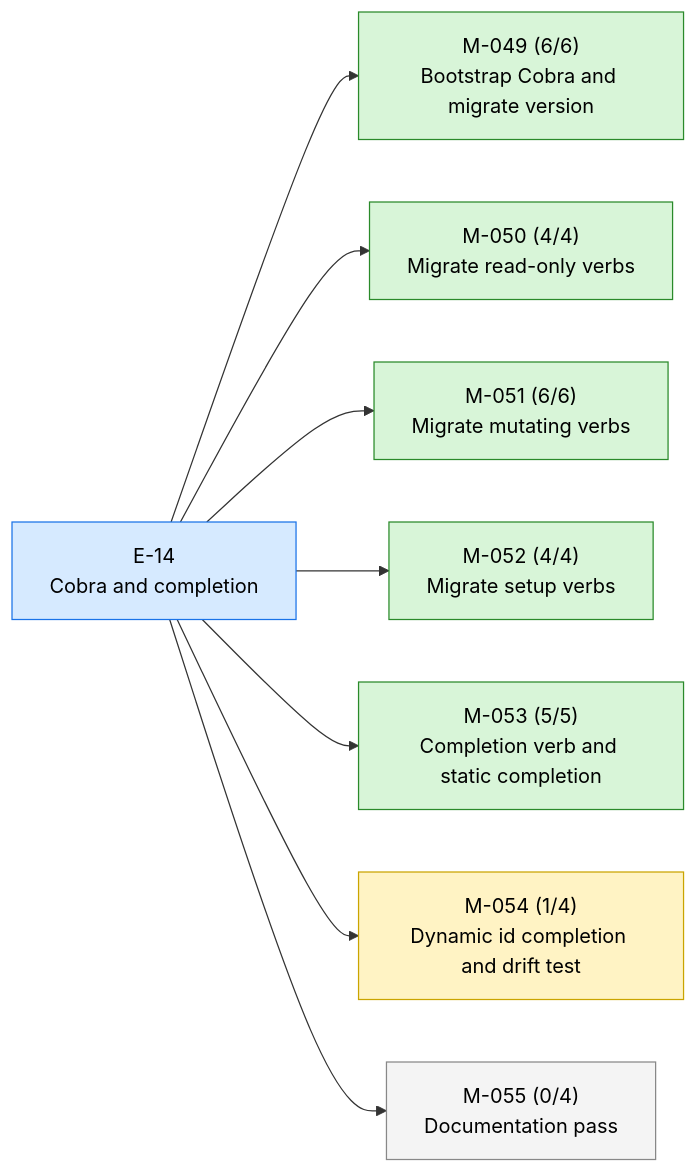
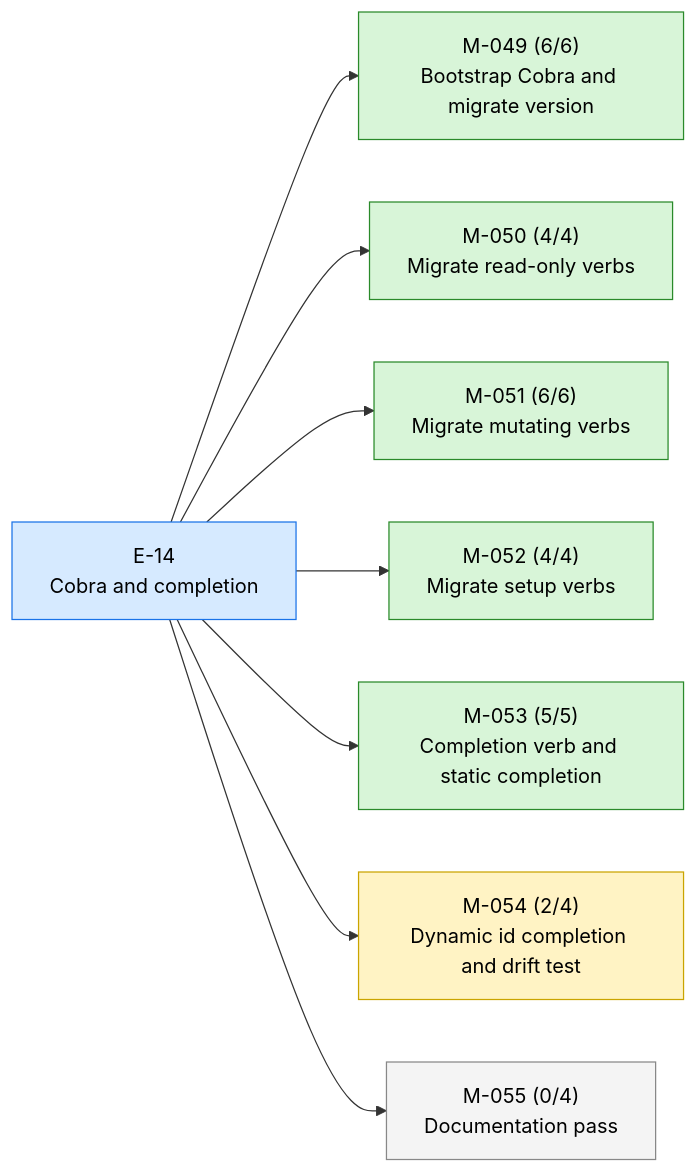
The first of 2 diagrams in STATUS.md (23min/aiwf), drawn with Mermaid before and after one commit. The commit also changed other lines of this file and 1 other file, not shown here.

````diff
--- a/STATUS.md
+++ b/STATUS.md
@@ -17,24 +17,24 @@
 ```mermaid
 flowchart LR
   E_14["E-14<br/>Cobra and completion"]:::epic_active
   M_049["M-049 (6/6)<br/>Bootstrap Cobra and migrate version"]:::ms_done
   E_14 --> M_049
   M_050["M-050 (4/4)<br/>Migrate read-only verbs"]:::ms_done
   E_14 --> M_050
   M_051["M-051 (6/6)<br/>Migrate mutating verbs"]:::ms_done
   E_14 --> M_051
   M_052["M-052 (4/4)<br/>Migrate setup verbs"]:::ms_done
   E_14 --> M_052
   M_053["M-053 (5/5)<br/>Completion verb and static completion"]:::ms_done
   E_14 --> M_053
-  M_054["M-054 (1/4)<br/>Dynamic id completion and drift test"]:::ms_in_progress
+  M_054["M-054 (2/4)<br/>Dynamic id completion and drift test"]:::ms_in_progress
   E_14 --> M_054
   M_055["M-055 (0/4)<br/>Documentation pass"]:::ms_draft
   E_14 --> M_055
   classDef epic_active fill:#d6eaff,stroke:#1a73e8,color:#000
   classDef epic_proposed fill:#f4f4f4,stroke:#888,color:#000
   classDef ms_done fill:#d8f5d8,stroke:#2a8a2a,color:#000
   classDef ms_in_progress fill:#fff3c4,stroke:#caa400,color:#000
   classDef ms_draft fill:#f4f4f4,stroke:#888,color:#000
   classDef ms_cancelled fill:#fbeaea,stroke:#c33,color:#000
 ```
````
